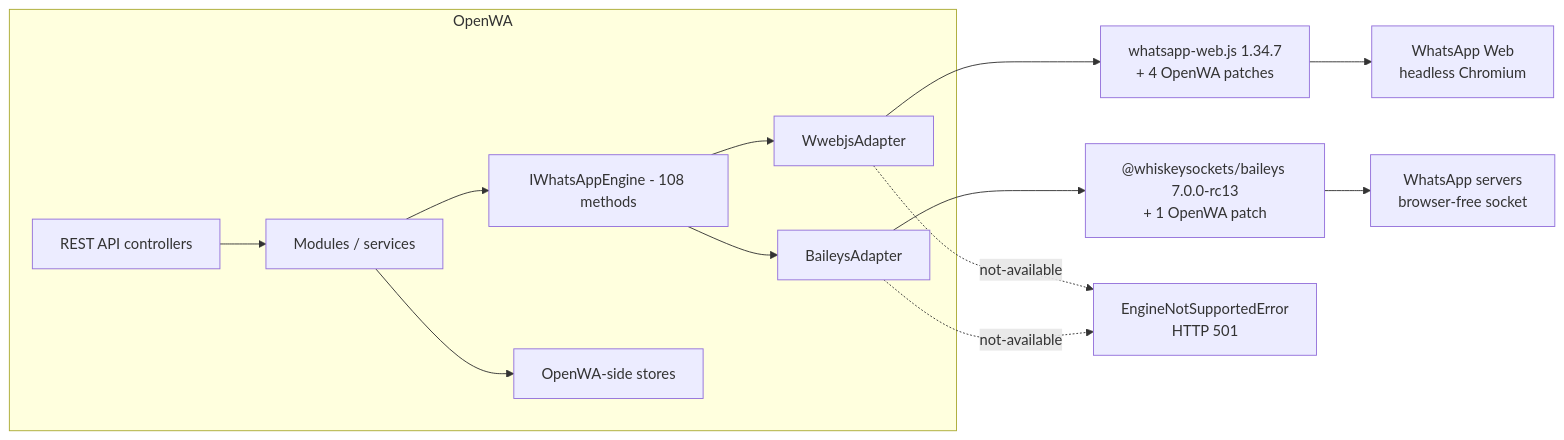
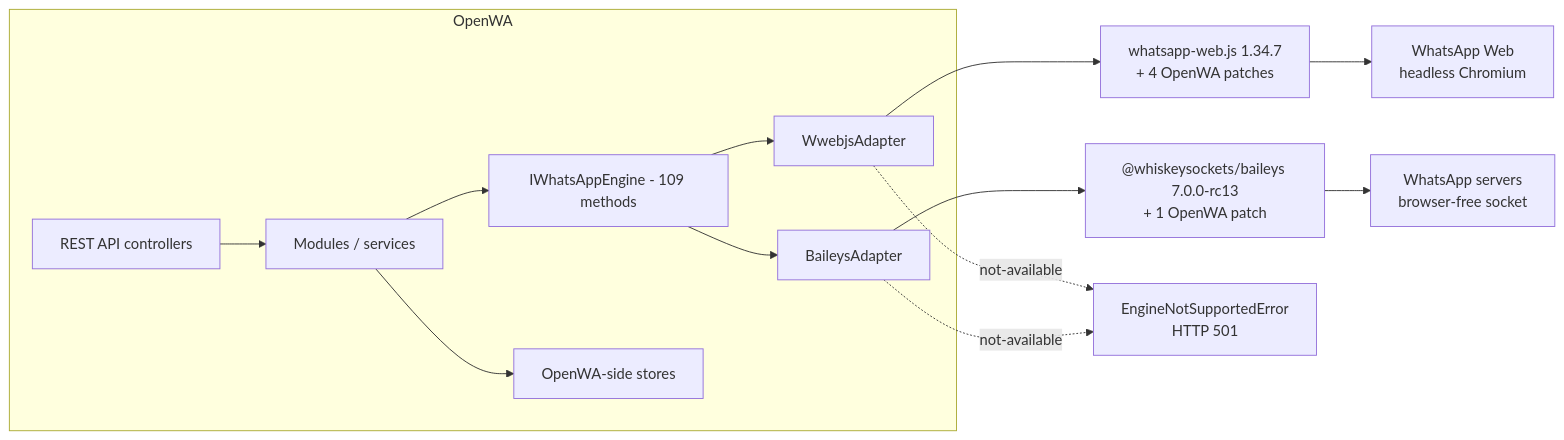
Before and after one commit to nourayman21k/OpenWA: the first of 2 diagrams in docs/29-engine-capability-matrix.md, drawn with Mermaid. The commit also changed other lines of this file and 2 other files, not shown here.

First line of the commit message:
docs(engine): make every docs/29 count agree with the matrix, and gate it

````diff
--- a/docs/29-engine-capability-matrix.md
+++ b/docs/29-engine-capability-matrix.md
@@ -42,16 +42,16 @@
 ```mermaid
 flowchart LR
     subgraph OpenWA["OpenWA"]
         API["REST API controllers"] --> SVC["Modules / services"]
-        SVC --> IF["IWhatsAppEngine - 108 methods"]
+        SVC --> IF["IWhatsAppEngine - 109 methods"]
         IF --> WA["WwebjsAdapter"]
         IF --> BA["BaileysAdapter"]
         SVC --> STORE["OpenWA-side stores"]
     end
     WA --> WLIB["whatsapp-web.js 1.34.7<br/>+ 4 OpenWA patches"]
     BA --> BLIB["@whiskeysockets/baileys 7.0.0-rc13<br/>+ 1 OpenWA patch"]
     WLIB --> WEB["WhatsApp Web<br/>headless Chromium"]
     BLIB --> WAS["WhatsApp servers<br/>browser-free socket"]
     WA -.->|"not-available"| E["EngineNotSupportedError<br/>HTTP 501"]
     BA -.->|"not-available"| E
 ```
````
